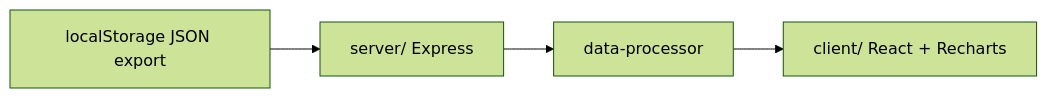
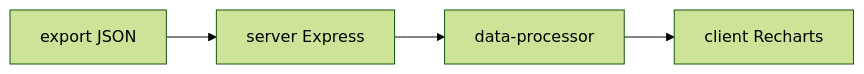
One commit to Aneesh495/metricon changed the diagram in README.md. Above: the diagram before and after it, drawn with Mermaid (forest theme). The commit also changed other lines of this file and 1 other file, not shown here.

````diff
--- a/README.md
+++ b/README.md
@@ -12,6 +9,6 @@
 ```mermaid
 flowchart LR
-  Export[localStorage JSON export] --> API[server/ Express]
+  Export[export JSON] --> API[server Express]
   API --> Proc[data-processor]
-  Proc --> UI[client/ React + Recharts]
+  Proc --> UI[client Recharts]
 ```
````
